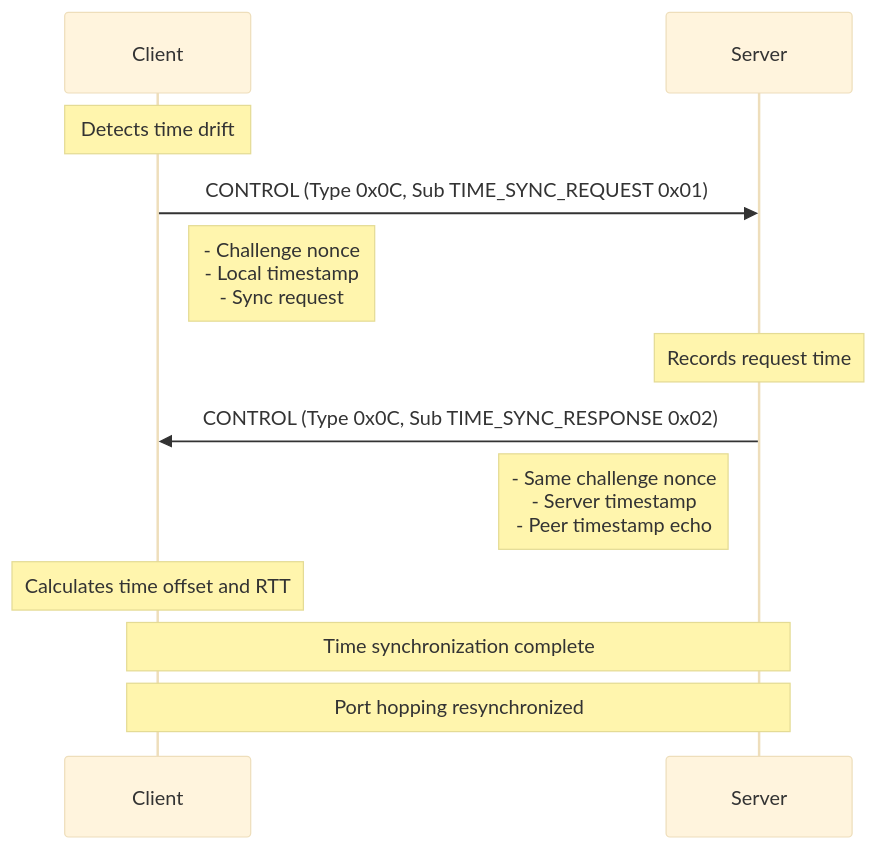
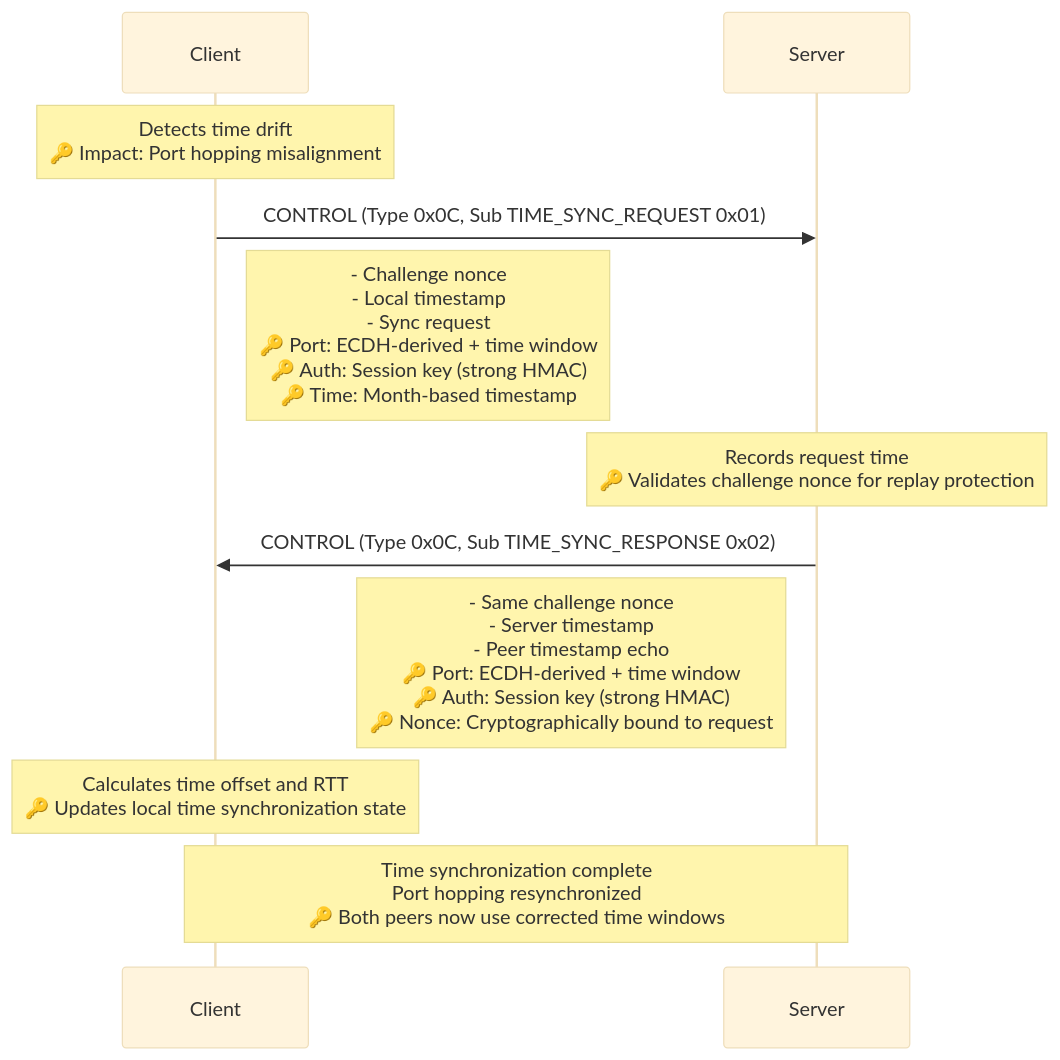
Before and after one commit to aidanmorgan/buckwild: the ninth of 44 diagrams in design/protocol/14-sequence-diagrams.md, drawn with Mermaid (base theme). The commit also changed other lines of this file and 9 other files, not shown here.

````diff
--- a/design/protocol/14-sequence-diagrams.md
+++ b/design/protocol/14-sequence-diagrams.md
@@ -210,17 +210,16 @@
 ```mermaid
 sequenceDiagram
     participant Client
     participant Server
     
-    Note over Client: Detects time drift
+    Note over Client: Detects time drift<br/>🔑 Impact: Port hopping misalignment
     Client->>Server: CONTROL (Type 0x0C, Sub TIME_SYNC_REQUEST 0x01)
-    Note right of Client: - Challenge nonce<br/>- Local timestamp<br/>- Sync request
+    Note right of Client: - Challenge nonce<br/>- Local timestamp<br/>- Sync request<br/>🔑 Port: ECDH-derived + time window<br/>🔑 Auth: Session key (strong HMAC)<br/>🔑 Time: Month-based timestamp
     
-    Note over Server: Records request time
+    Note over Server: Records request time<br/>🔑 Validates challenge nonce for replay protection
     Server->>Client: CONTROL (Type 0x0C, Sub TIME_SYNC_RESPONSE 0x02)
-    Note left of Server: - Same challenge nonce<br/>- Server timestamp<br/>- Peer timestamp echo
+    Note left of Server: - Same challenge nonce<br/>- Server timestamp<br/>- Peer timestamp echo<br/>🔑 Port: ECDH-derived + time window<br/>🔑 Auth: Session key (strong HMAC)<br/>🔑 Nonce: Cryptographically bound to request
     
-    Note over Client: Calculates time offset and RTT
-    Note over Client,Server: Time synchronization complete
-    Note over Client,Server: Port hopping resynchronized
+    Note over Client: Calculates time offset and RTT<br/>🔑 Updates local time synchronization state
+    Note over Client,Server: Time synchronization complete<br/>Port hopping resynchronized<br/>🔑 Both peers now use corrected time windows
 ```
````
